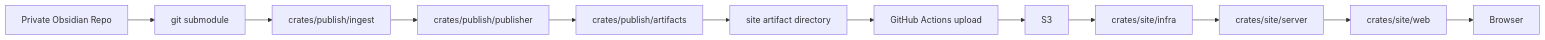
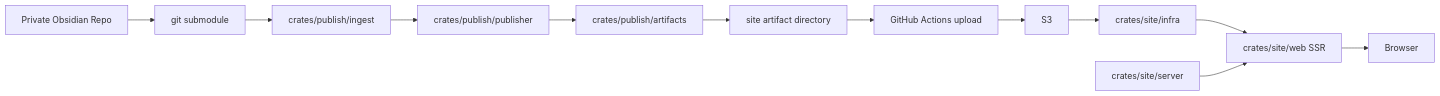
The first of 4 diagrams in docs/architecture/architecture.md (okawak/okawak_blog), drawn with Mermaid before and after one commit. The commit also changed other lines of this file and 4 other files, not shown here.

````diff
--- a/docs/architecture/architecture.md
+++ b/docs/architecture/architecture.md
@@ -22,14 +22,14 @@
 ```mermaid
 flowchart LR
     A[Private Obsidian Repo] --> B[git submodule]
     B --> C[crates/publish/ingest]
     C --> D[crates/publish/publisher]
     D --> E[crates/publish/artifacts]
     E --> F[site artifact directory]
     F --> G[GitHub Actions upload]
     G --> H[S3]
     H --> I[crates/site/infra]
-    I --> J[crates/site/server]
-    J --> K[crates/site/web]
+    I --> K[crates/site/web SSR]
+    J[crates/site/server] --> K
     K --> L[Browser]
 ```
````
